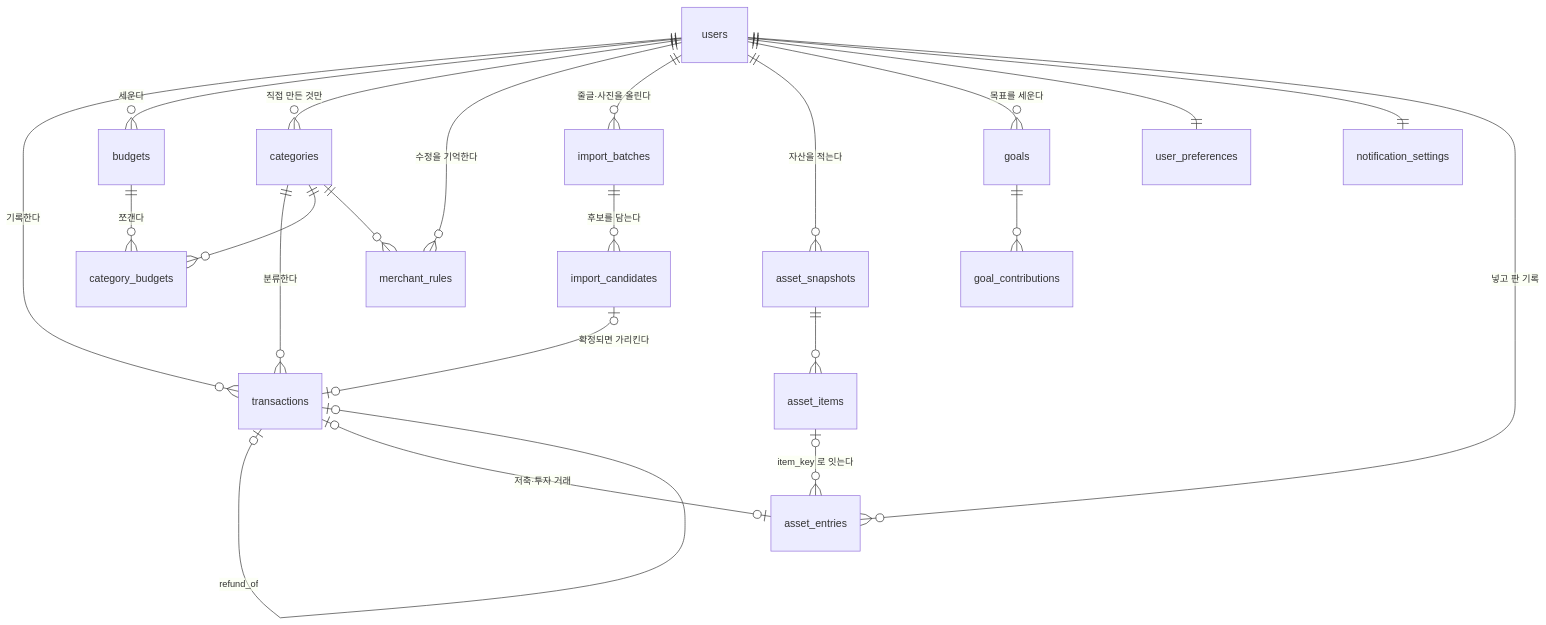
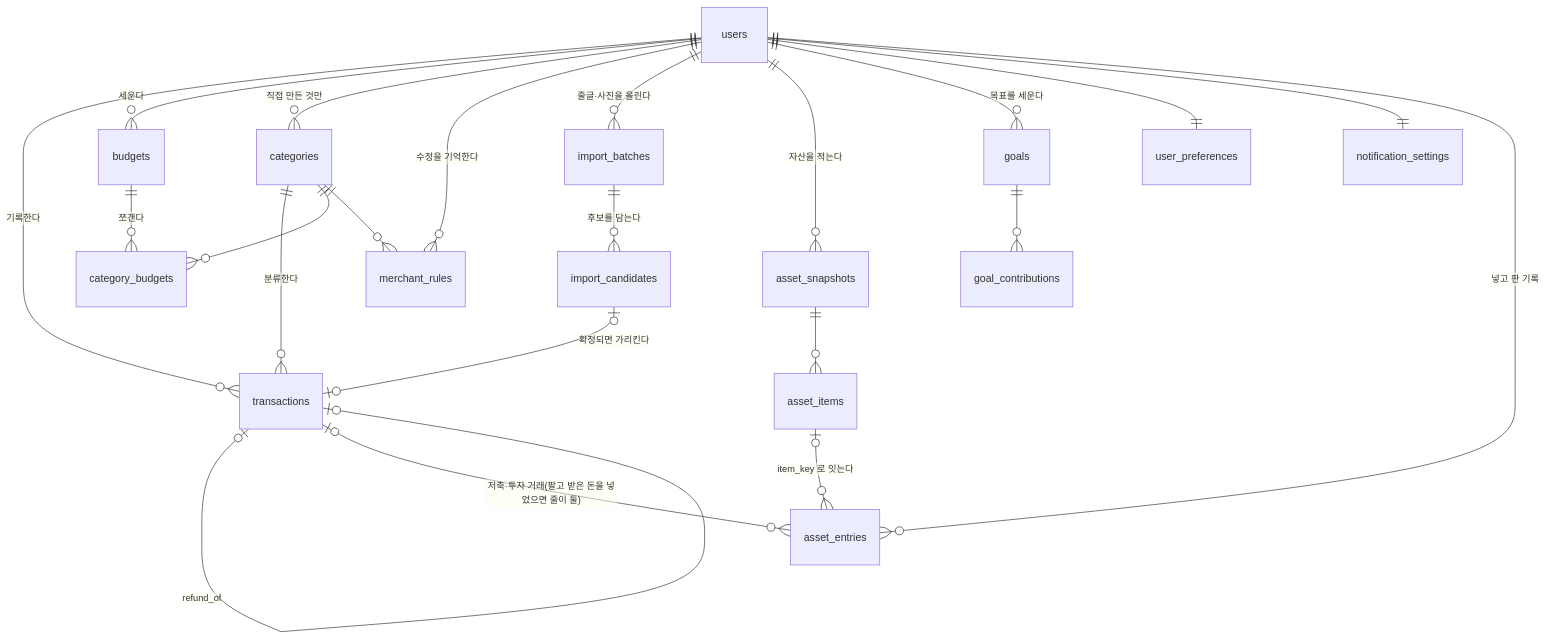
The first of 2 diagrams in docs/DATA_MODEL.md (96Hong2/pocket), drawn with Mermaid before and after one commit. The commit also changed other lines of this file and 36 other files, not shown here.

````diff
--- a/docs/DATA_MODEL.md
+++ b/docs/DATA_MODEL.md
@@ -42,28 +42,28 @@
 ```mermaid
 erDiagram
   users ||--o{ transactions : "기록한다"
   users ||--o{ budgets : "세운다"
   users ||--o{ categories : "직접 만든 것만"
   users ||--o{ merchant_rules : "수정을 기억한다"
   users ||--o{ import_batches : "줄글·사진을 올린다"
   users ||--o{ asset_snapshots : "자산을 적는다"
   users ||--o{ goals : "목표를 세운다"
   users ||--|| user_preferences : ""
   users ||--|| notification_settings : ""
 
   categories ||--o{ transactions : "분류한다"
   categories ||--o{ category_budgets : ""
   categories ||--o{ merchant_rules : ""
 
   budgets ||--o{ category_budgets : "쪼갠다"
 
   import_batches ||--o{ import_candidates : "후보를 담는다"
   import_candidates |o--o| transactions : "확정되면 가리킨다"
   transactions |o--o| transactions : "refund_of"
 
   asset_snapshots ||--o{ asset_items : ""
   users ||--o{ asset_entries : "넣고 판 기록"
   asset_items |o--o{ asset_entries : "item_key 로 잇는다"
-  transactions |o--o| asset_entries : "저축·투자 거래"
+  transactions |o--o{ asset_entries : "저축·투자 거래(팔고 받은 돈을 넣었으면 줄이 둘)"
   goals ||--o{ goal_contributions : ""
 ```
````
